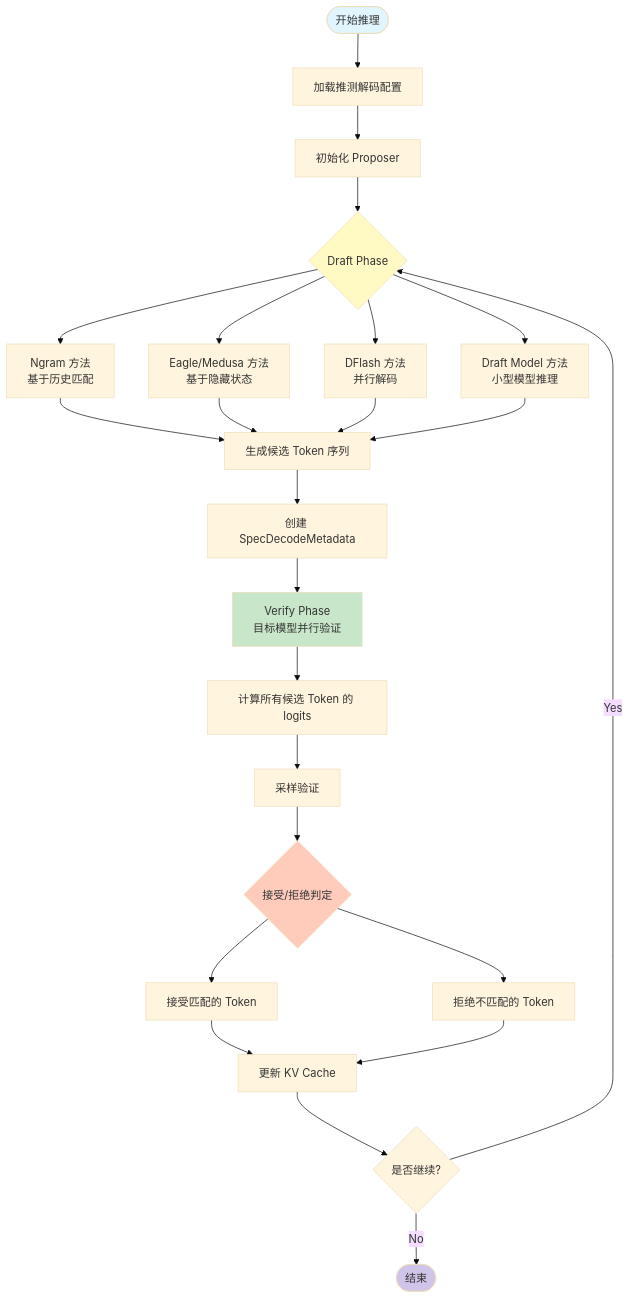
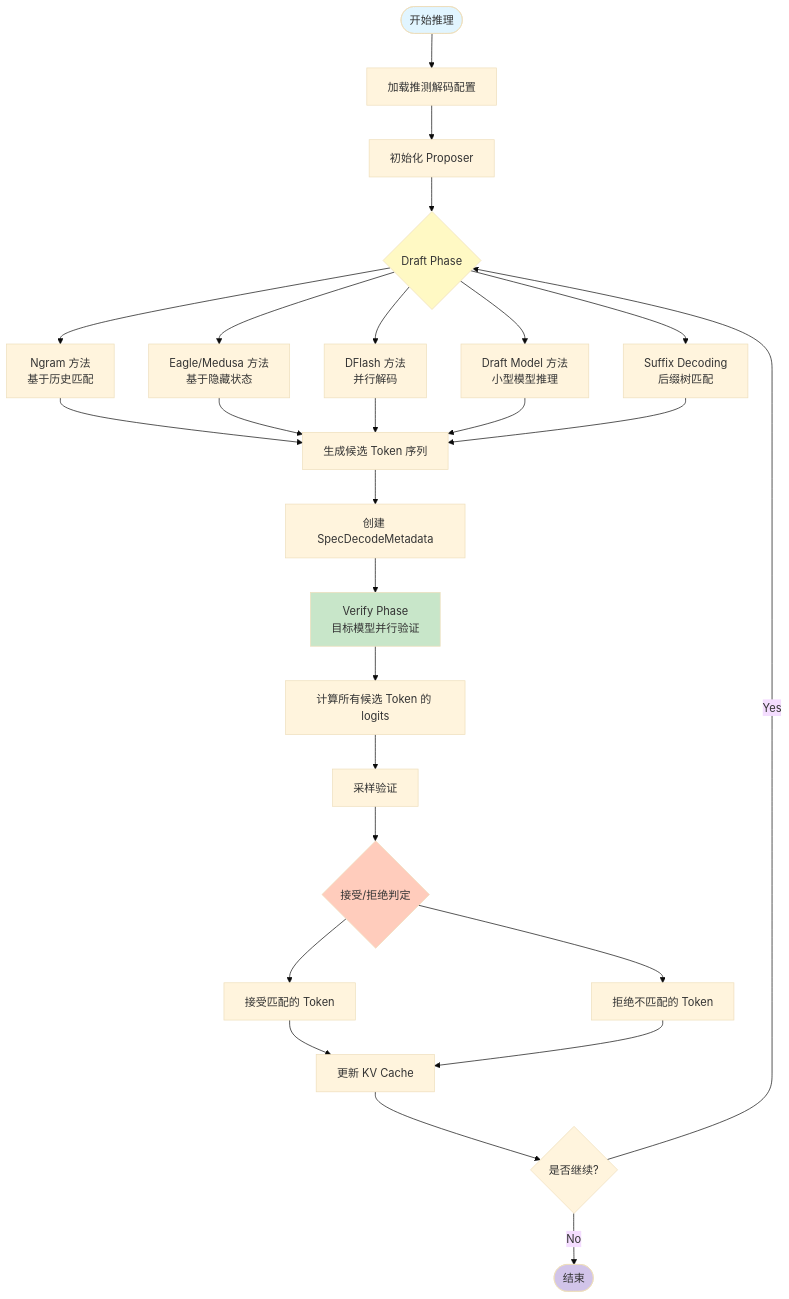
Before and after one commit to larryliuqing/vllm-docs: the sixth of 6 diagrams in docs/vllm-core/vllm_speculative_decoding_architecture.md, drawn with Mermaid (base theme). The commit also changed other lines of this file and 6 other files, not shown here.

````diff
--- a/docs/vllm-core/vllm_speculative_decoding_architecture.md
+++ b/docs/vllm-core/vllm_speculative_decoding_architecture.md
@@ -418,45 +479,47 @@
 ```mermaid
 flowchart TB
     Start([开始推理]) --> Config[加载推测解码配置]
     
     Config --> InitProposer[初始化 Proposer]
     
     InitProposer --> DraftPhase{Draft Phase}
     
     DraftPhase --> Ngram[Ngram 方法<br/>基于历史匹配]
     DraftPhase --> Eagle[Eagle/Medusa 方法<br/>基于隐藏状态]
     DraftPhase --> DFlash[DFlash 方法<br/>并行解码]
     DraftPhase --> Draft[Draft Model 方法<br/>小型模型推理]
+    DraftPhase --> Suffix[Suffix Decoding<br/>后缀树匹配]
     
     Ngram --> GenDraft[生成候选 Token 序列]
     Eagle --> GenDraft
     DFlash --> GenDraft
     Draft --> GenDraft
+    Suffix --> GenDraft
     
     GenDraft --> SpecMeta[创建 SpecDecodeMetadata]
     
     SpecMeta --> VerifyPhase[Verify Phase<br/>目标模型并行验证]
     
     VerifyPhase --> ComputeLogits[计算所有候选 Token 的 logits]
     
     ComputeLogits --> Sampling[采样验证]
     
     Sampling --> AcceptReject{接受/拒绝判定}
     
     AcceptReject --> Accept[接受匹配的 Token]
     AcceptReject --> Reject[拒绝不匹配的 Token]
     
     Accept --> UpdateKV[更新 KV Cache]
     Reject --> UpdateKV
     
     UpdateKV --> NextRound{是否继续?}
     
     NextRound -->|Yes| DraftPhase
     NextRound -->|No| End([结束])
     
     style Start fill:#e1f5ff
     style DraftPhase fill:#fff9c4
     style VerifyPhase fill:#c8e6c9
     style AcceptReject fill:#ffccbc
     style End fill:#d1c4e9
 ```
````
